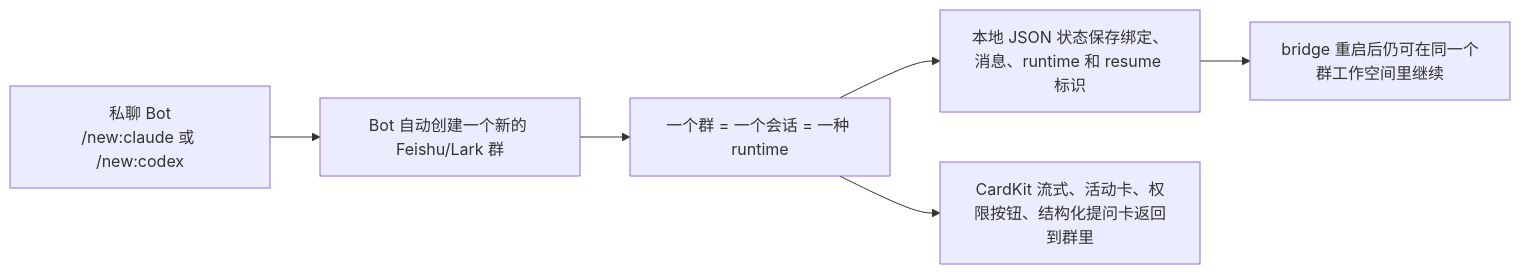
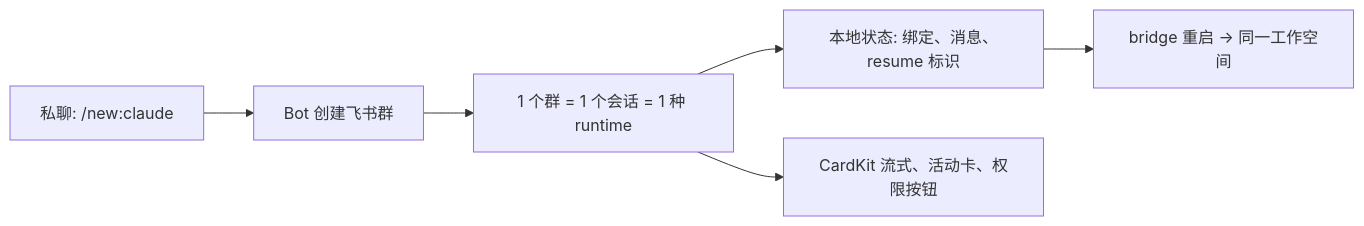
One commit to francize/agents-to-im changed the diagram in README.zh-CN.md. Above: the diagram before and after it, drawn with Mermaid. The commit also changed other lines of this file and 7 other files, not shown here.

````diff
--- a/README.zh-CN.md
+++ b/README.zh-CN.md
@@ -13,8 +215,8 @@
 ```mermaid
 flowchart LR
-  A["私聊 Bot<br/>/new:claude 或 /new:codex"] --> B["Bot 自动创建一个新的 Feishu/Lark 群"]
-  B --> C["一个群 = 一个会话 = 一种 runtime"]
-  C --> D["本地 JSON 状态保存绑定、消息、runtime 和 resume 标识"]
-  D --> E["bridge 重启后仍可在同一个群工作空间里继续"]
-  C --> F["CardKit 流式、活动卡、权限按钮、结构化提问卡返回到群里"]
+  A["私聊: /new:claude"] --> B["Bot 创建飞书群"]
+  B --> C["1 个群 = 1 个会话 = 1 种 runtime"]
+  C --> D["本地状态: 绑定、消息、resume 标识"]
+  D --> E["bridge 重启 → 同一工作空间"]
+  C --> F["CardKit 流式、活动卡、权限按钮"]
 ```
````
